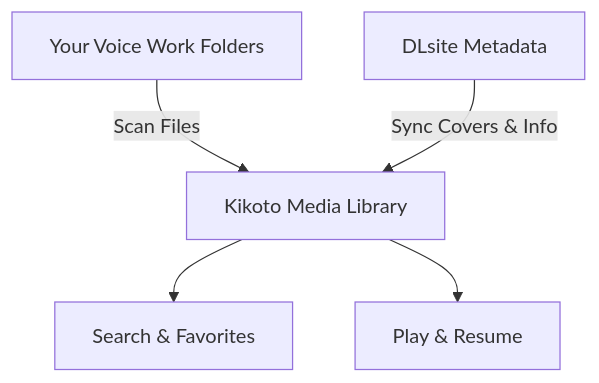
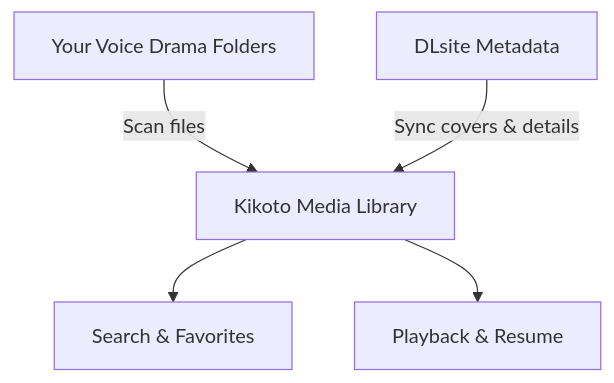
One commit to yexca/blog changed the first of 2 diagrams in content/en-us/posts/2026/2026-10-08 Kikoto.md. Above: the diagram before and after it, drawn with Mermaid. The commit also changed other lines of this file and 3 other files, not shown here.

````diff
--- a/content/en-us/posts/2026/2026-10-08 Kikoto.md
+++ b/content/en-us/posts/2026/2026-10-08 Kikoto.md
@@ -35,7 +38,7 @@
 ```mermaid
 flowchart TB
-    A["Your Voice Work Folders"] -->|Scan Files| C["Kikoto Media Library"]
-    B["DLsite Metadata"] -->|Sync Covers & Info| C
+    A["Your Voice Drama Folders"] -->|Scan files| C["Kikoto Media Library"]
+    B["DLsite Metadata"] -->|Sync covers & details| C
     C --> D["Search & Favorites"]
-    C --> E["Play & Resume"]
+    C --> E["Playback & Resume"]
 ```
````
